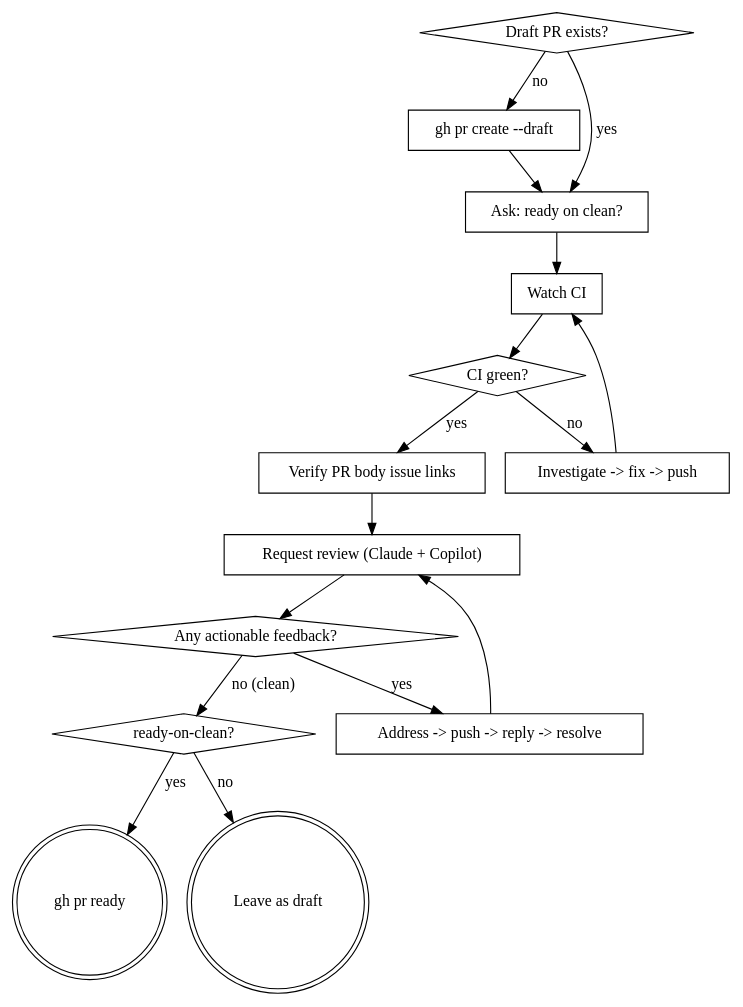
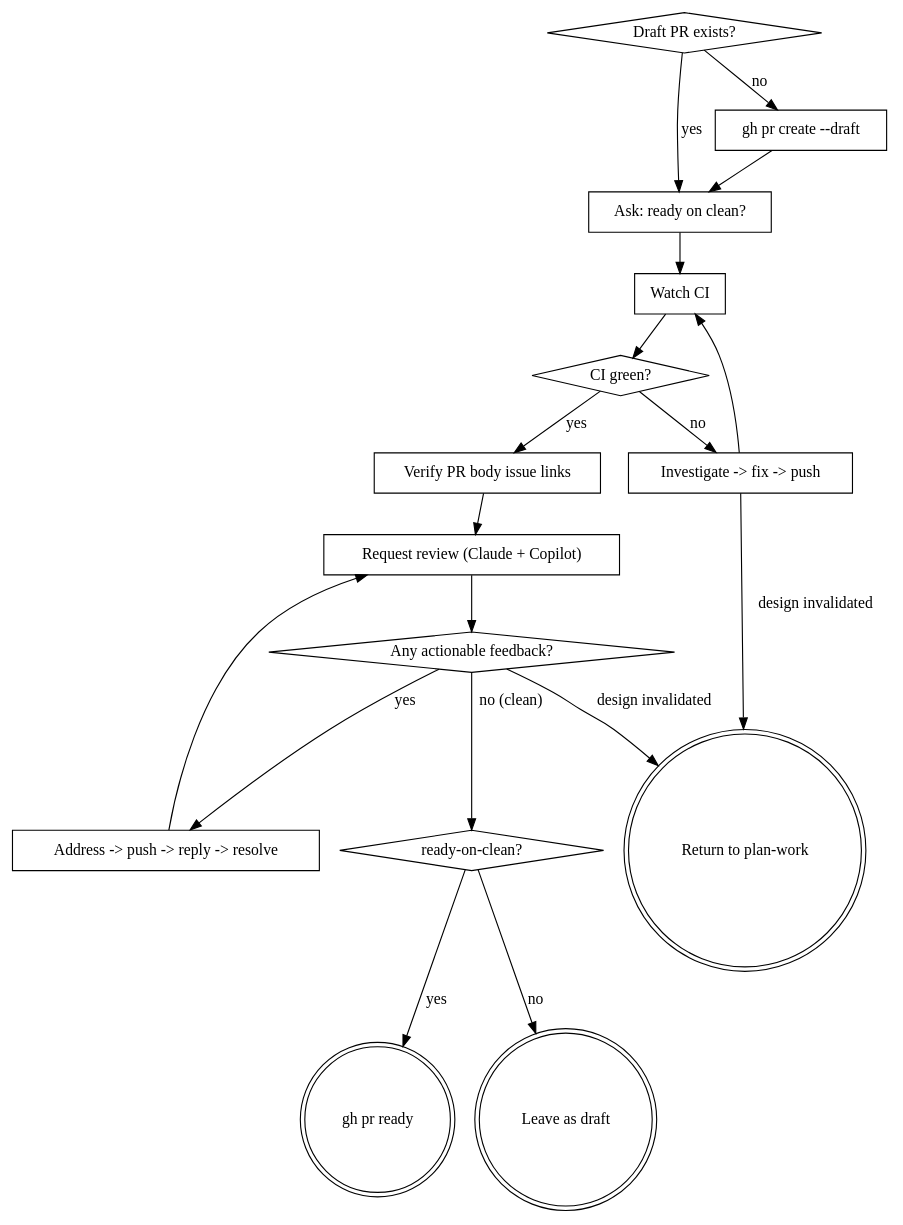
Before and after one commit to yowcow/dotfiles: the diagram in ai/skills/pr-to-ready/SKILL.md, drawn with Graphviz. The commit also changed other lines of this file, not shown here.

````diff
--- a/ai/skills/pr-to-ready/SKILL.md
+++ b/ai/skills/pr-to-ready/SKILL.md
@@ -131,33 +131,36 @@
 ```dot
 digraph pr_to_ready {
   "Draft PR exists?" [shape=diamond];
   "gh pr create --draft" [shape=box];
   "Ask: ready on clean?" [shape=box];
   "Watch CI" [shape=box];
   "CI green?" [shape=diamond];
   "Investigate -> fix -> push" [shape=box];
   "Verify PR body issue links" [shape=box];
   "Request review (Claude + Copilot)" [shape=box];
   "Any actionable feedback?" [shape=diamond];
   "Address -> push -> reply -> resolve" [shape=box];
   "ready-on-clean?" [shape=diamond];
   "gh pr ready" [shape=doublecircle];
   "Leave as draft" [shape=doublecircle];
+  "Return to plan-work" [shape=doublecircle];
 
   "Draft PR exists?" -> "gh pr create --draft" [label="no"];
   "gh pr create --draft" -> "Ask: ready on clean?";
   "Draft PR exists?" -> "Ask: ready on clean?" [label="yes"];
   "Ask: ready on clean?" -> "Watch CI";
   "Watch CI" -> "CI green?";
   "CI green?" -> "Investigate -> fix -> push" [label="no"];
   "Investigate -> fix -> push" -> "Watch CI";
   "CI green?" -> "Verify PR body issue links" [label="yes"];
   "Verify PR body issue links" -> "Request review (Claude + Copilot)";
   "Request review (Claude + Copilot)" -> "Any actionable feedback?";
   "Any actionable feedback?" -> "Address -> push -> reply -> resolve" [label="yes"];
   "Address -> push -> reply -> resolve" -> "Request review (Claude + Copilot)";
   "Any actionable feedback?" -> "ready-on-clean?" [label="no (clean)"];
+  "Any actionable feedback?" -> "Return to plan-work" [label="design invalidated"];
+  "Investigate -> fix -> push" -> "Return to plan-work" [label="design invalidated"];
   "ready-on-clean?" -> "gh pr ready" [label="yes"];
   "ready-on-clean?" -> "Leave as draft" [label="no"];
 }
 ```
````
